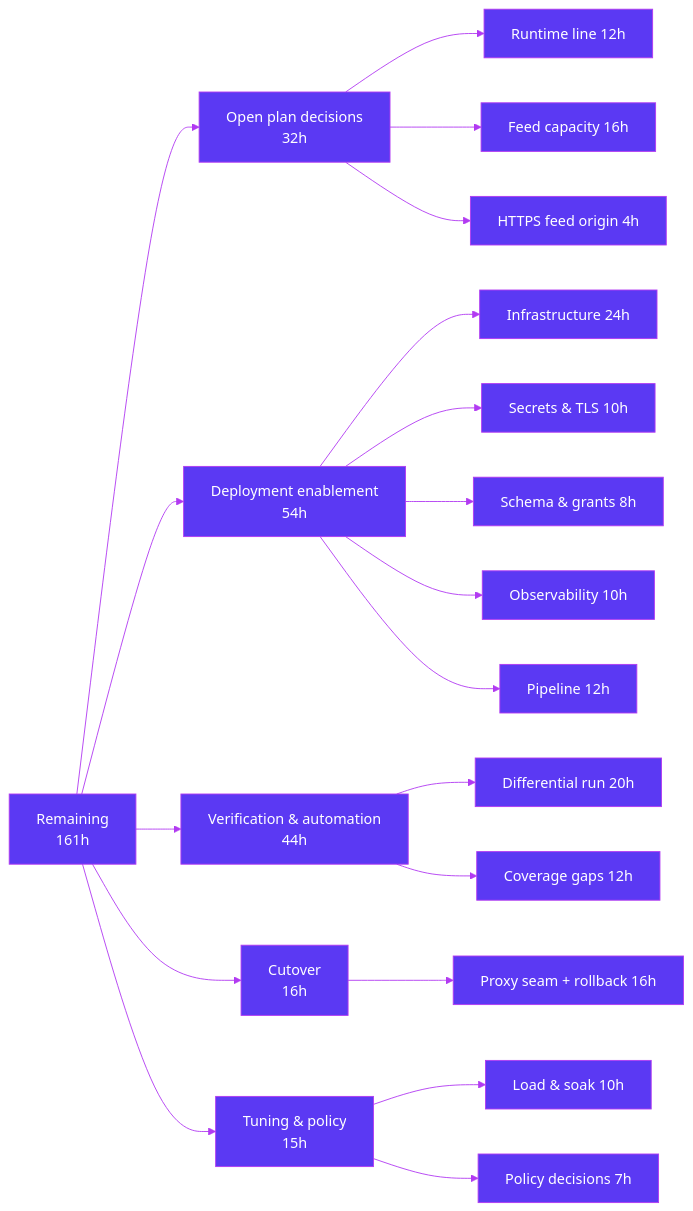
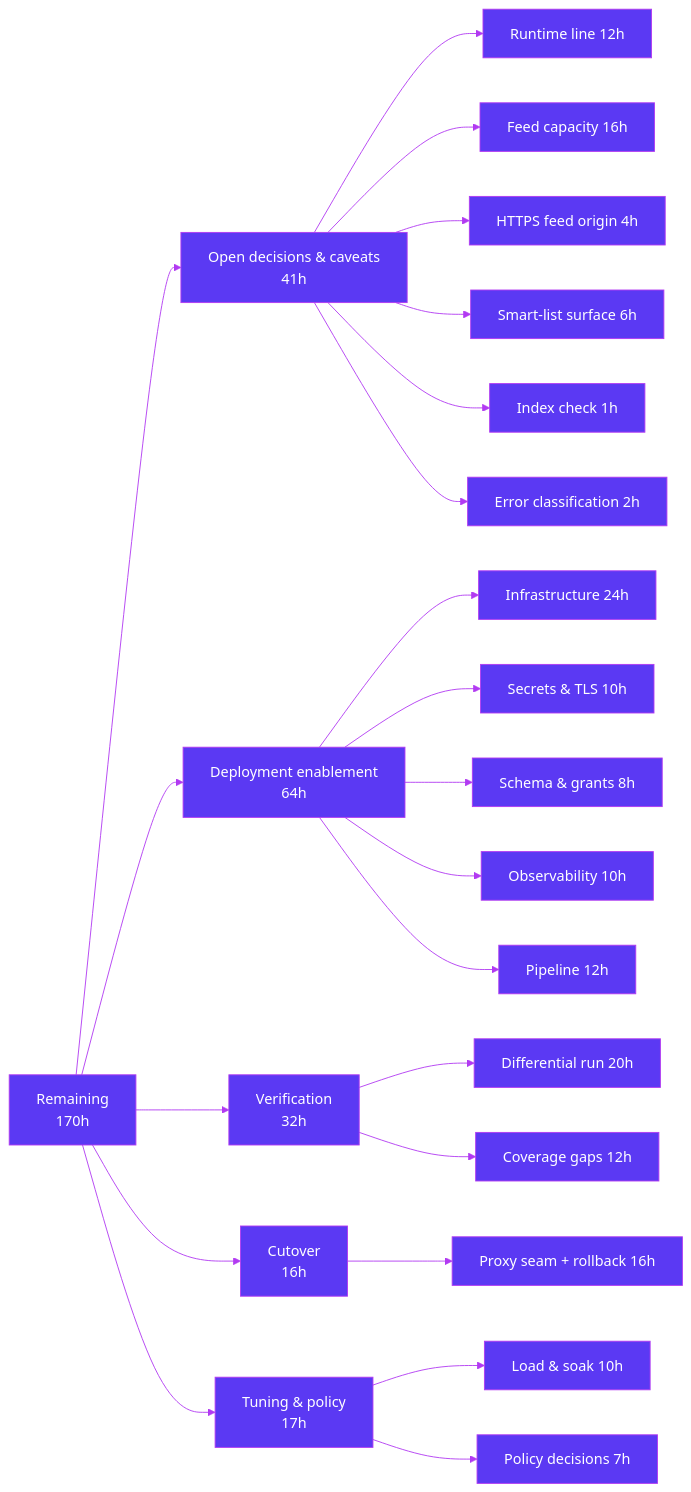
Before and after one commit to blitzy-public-samples/slatwall-coldfusion: the fourth of 4 diagrams in blitzy/documentation/Project Guide.md, drawn with Mermaid. The commit also changed other lines of this file, not shown here.

Commit message:
Adding Blitzy Project Guide: Project Status and Human Tasks Remaining

````diff
--- a/blitzy/documentation/Project Guide.md
+++ b/blitzy/documentation/Project Guide.md
@@ -273,23 +281,26 @@
 ```mermaid
 %%{init: {"theme":"base","themeVariables":{"primaryColor":"#5B39F3","primaryTextColor":"#FFFFFF","primaryBorderColor":"#B23AF2","lineColor":"#B23AF2","secondaryColor":"#A8FDD9","tertiaryColor":"#FFFFFF"}}}%%
 graph LR
-    R["Remaining<br/>161h"]
-    R --> A["Open plan decisions<br/>32h"]
-    R --> B["Deployment enablement<br/>54h"]
-    R --> C["Verification &amp; automation<br/>44h"]
+    R["Remaining<br/>170h"]
+    R --> A["Open decisions &amp; caveats<br/>41h"]
+    R --> B["Deployment enablement<br/>64h"]
+    R --> C["Verification<br/>32h"]
     R --> D["Cutover<br/>16h"]
-    R --> E["Tuning &amp; policy<br/>15h"]
+    R --> E["Tuning &amp; policy<br/>17h"]
     A --> A1["Runtime line 12h"]
     A --> A2["Feed capacity 16h"]
     A --> A3["HTTPS feed origin 4h"]
+    A --> A4["Smart-list surface 6h"]
+    A --> A5["Index check 1h"]
+    A --> A6["Error classification 2h"]
     B --> B1["Infrastructure 24h"]
     B --> B2["Secrets &amp; TLS 10h"]
     B --> B3["Schema &amp; grants 8h"]
     B --> B4["Observability 10h"]
     B --> B5["Pipeline 12h"]
     C --> C1["Differential run 20h"]
     C --> C2["Coverage gaps 12h"]
     D --> D1["Proxy seam + rollback 16h"]
     E --> E1["Load &amp; soak 10h"]
     E --> E2["Policy decisions 7h"]
 ```
````
